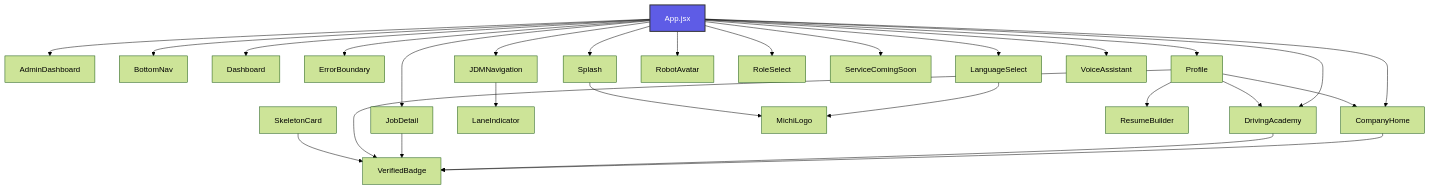
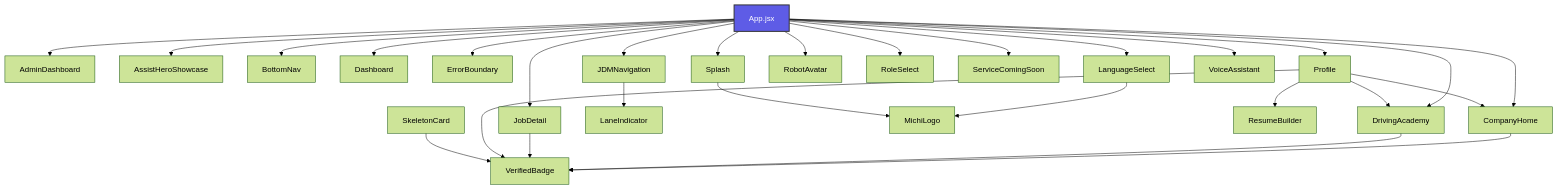
One commit to farruxon9-cloud/web-michi-app changed the diagram in codebase_map.md. Above: the diagram before and after it, drawn with Mermaid (forest theme). The commit also changed other lines of this file and 52 other files, not shown here.

````diff
--- a/codebase_map.md
+++ b/codebase_map.md
@@ -20,32 +20,33 @@
 ```mermaid
 graph TD
   App[App.jsx]
   App --> AdminDashboard
+  App --> AssistHeroShowcase
   App --> BottomNav
   App --> CompanyHome
   App --> Dashboard
   App --> DrivingAcademy
   App --> ErrorBoundary
   App --> JDMNavigation
   App --> JobDetail
   App --> LanguageSelect
   App --> Profile
   App --> RobotAvatar
   App --> RoleSelect
   App --> ServiceComingSoon
   App --> Splash
   App --> VoiceAssistant
   CompanyHome --> VerifiedBadge
   DrivingAcademy --> VerifiedBadge
   JDMNavigation --> LaneIndicator
   JobDetail --> VerifiedBadge
   LanguageSelect --> MichiLogo
   Profile --> CompanyHome
   Profile --> DrivingAcademy
   Profile --> ResumeBuilder
   Profile --> VerifiedBadge
   SkeletonCard --> VerifiedBadge
   Splash --> MichiLogo
   
   style App fill:#5E5CE6,stroke:#333,stroke-width:2px,color:#fff
 ```
````
